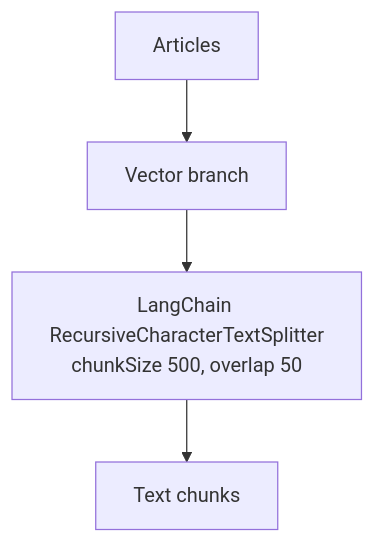
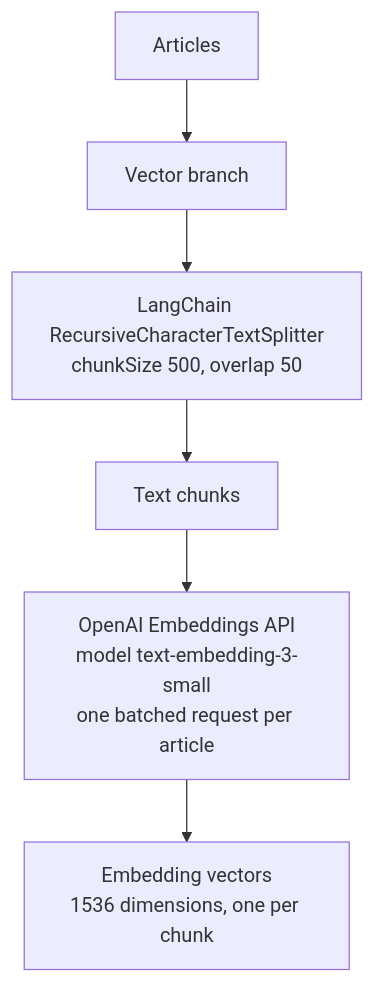
The diagram in Architecture.md (NickRumenov1/next-insights-rag), drawn with Mermaid before and after one commit. The commit also changed 4 other files, not shown here.

````diff
--- a/Architecture.md
+++ b/Architecture.md
@@ -21,6 +21,8 @@
 ```mermaid
 flowchart TD
     Articles["Articles"] --> VectorBranch["Vector branch"]
     VectorBranch --> Splitter["LangChain RecursiveCharacterTextSplitter<br/>chunkSize 500, overlap 50"]
     Splitter --> Chunks["Text chunks"]
+    Chunks --> Embedder["OpenAI Embeddings API<br/>model text-embedding-3-small<br/>one batched request per article"]
+    Embedder --> Vectors["Embedding vectors<br/>1536 dimensions, one per chunk"]
 ```
````
